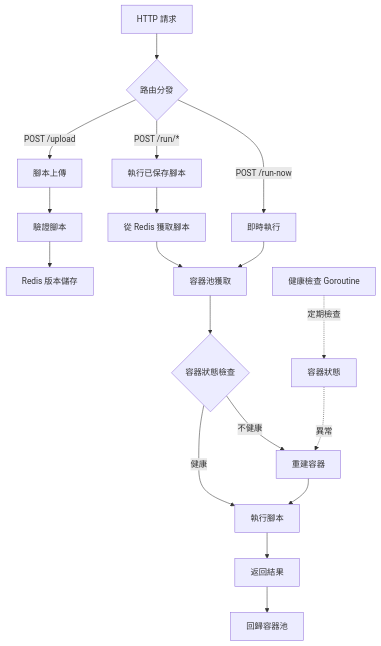
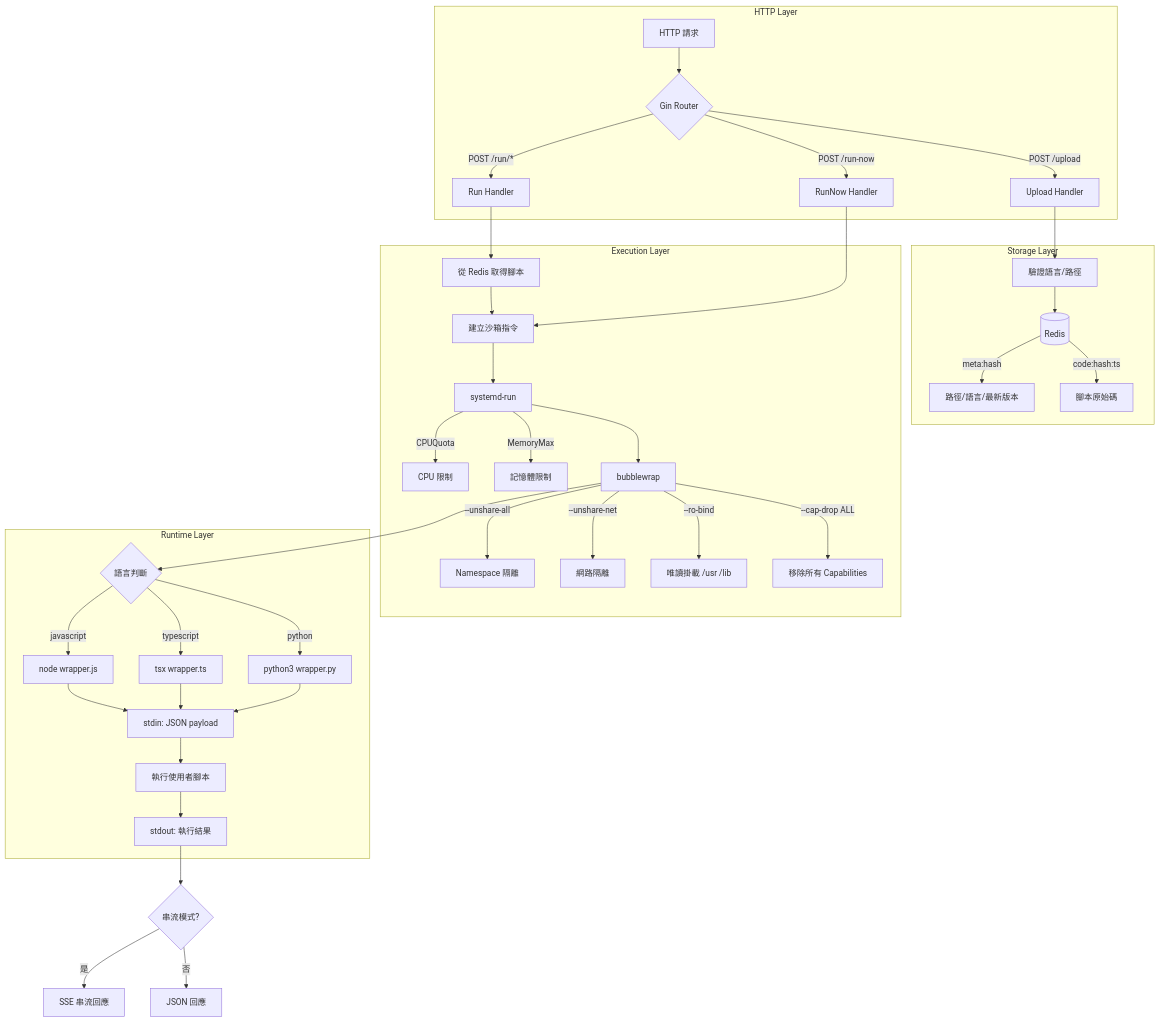
The diagram in README.zh.md (pardnchiu/go-faas), drawn with Mermaid before and after one commit. The commit also changed other lines of this file and 7 other files, not shown here.

````diff
--- a/README.zh.md
+++ b/README.zh.md
@@ -53,26 +37,49 @@
 ```mermaid
 flowchart TD
-    A[HTTP 請求] --> B{路由分發}
-    B -->|POST /upload| C[腳本上傳]
-    B -->|POST /run/*| D[執行已保存腳本]
-    B -->|POST /run-now| E[即時執行]
-    
-    C --> F[驗證腳本]
-    F --> G[Redis 版本儲存]
-    
-    D --> H[從 Redis 獲取腳本]
-    H --> I[容器池獲取]
-    
-    E --> I
-    
-    I --> J{容器狀態檢查}
-    J -->|健康| K[執行腳本]
-    J -->|不健康| L[重建容器]
-    L --> K
-    
-    K --> M[返回結果]
-    M --> N[回歸容器池]
-    
-    O[健康檢查 Goroutine] -.->|定期檢查| P[容器狀態]
-    P -.->|異常| L
+    subgraph HTTP["HTTP Layer"]
+        A[HTTP 請求] --> B{Gin Router}
+        B -->|POST /upload| C[Upload Handler]
+        B -->|POST /run/*| D[Run Handler]
+        B -->|POST /run-now| E[RunNow Handler]
+    end
+
+    subgraph Storage["Storage Layer"]
+        C --> F[驗證語言/路徑]
+        F --> G[(Redis)]
+        G -->|meta:hash| H[路徑/語言/最新版本]
+        G -->|code:hash:ts| I[腳本原始碼]
+    end
+
+    subgraph Execution["Execution Layer"]
+        D --> J[從 Redis 取得腳本]
+        J --> K[建立沙箱指令]
+        E --> K
+
+        K --> L[systemd-run]
+        L -->|CPUQuota| M[CPU 限制]
+        L -->|MemoryMax| N[記憶體限制]
+
+        L --> O[bubblewrap]
+        O -->|--unshare-all| P[Namespace 隔離]
+        O -->|--unshare-net| Q[網路隔離]
+        O -->|--ro-bind| R[唯讀掛載 /usr /lib]
+        O -->|--cap-drop ALL| S[移除所有 Capabilities]
+    end
+
+    subgraph Runtime["Runtime Layer"]
+        O --> T{語言判斷}
+        T -->|javascript| U[node wrapper.js]
+        T -->|typescript| V[tsx wrapper.ts]
+        T -->|python| W[python3 wrapper.py]
+
+        U --> X[stdin: JSON payload]
+        V --> X
+        W --> X
+        X --> Y[執行使用者腳本]
+        Y --> Z[stdout: 執行結果]
+    end
+
+    Z --> AA{串流模式?}
+    AA -->|是| AB[SSE 串流回應]
+    AA -->|否| AC[JSON 回應]
 ```
````
